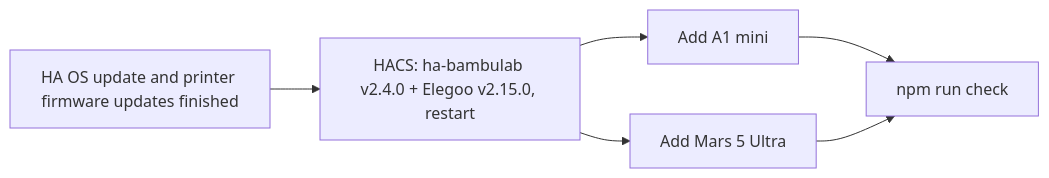
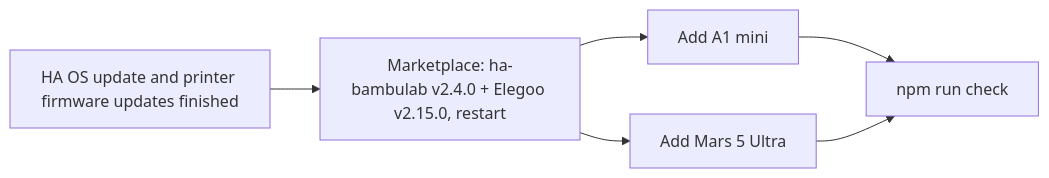
Before and after one commit to declanshanaghy/homeassistant-bambu-dashboards: the second of 3 diagrams in README.md, drawn with Mermaid. The commit also changed other lines of this file and 2 other files, not shown here.

````diff
--- a/README.md
+++ b/README.md
@@ -78,7 +80,7 @@
 ```mermaid
 flowchart LR
-  A[HA OS update and printer firmware updates finished] --> U[HACS: ha-bambulab v2.4.0 + Elegoo v2.15.0, restart]
+  A[HA OS update and printer firmware updates finished] --> U[Marketplace: ha-bambulab v2.4.0 + Elegoo v2.15.0, restart]
   U --> B[Add A1 mini]
   U --> C[Add Mars 5 Ultra]
   B & C --> D[npm run check]
 ```
````
